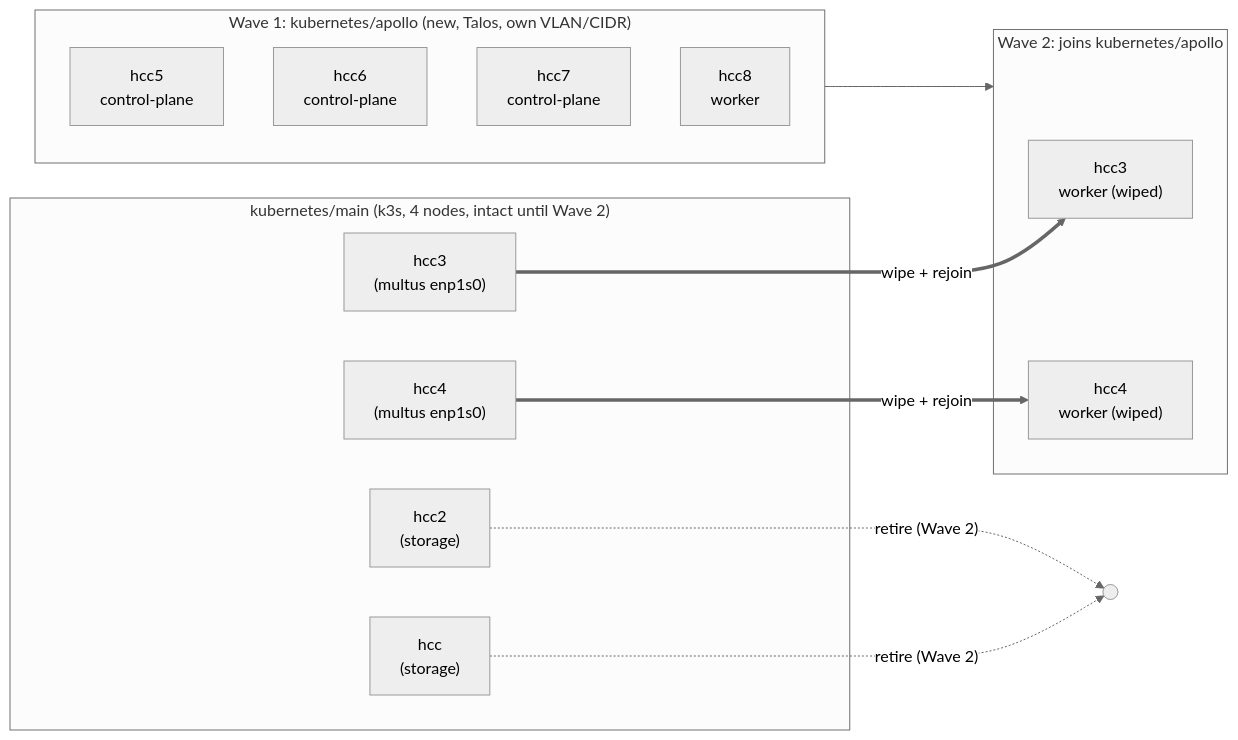
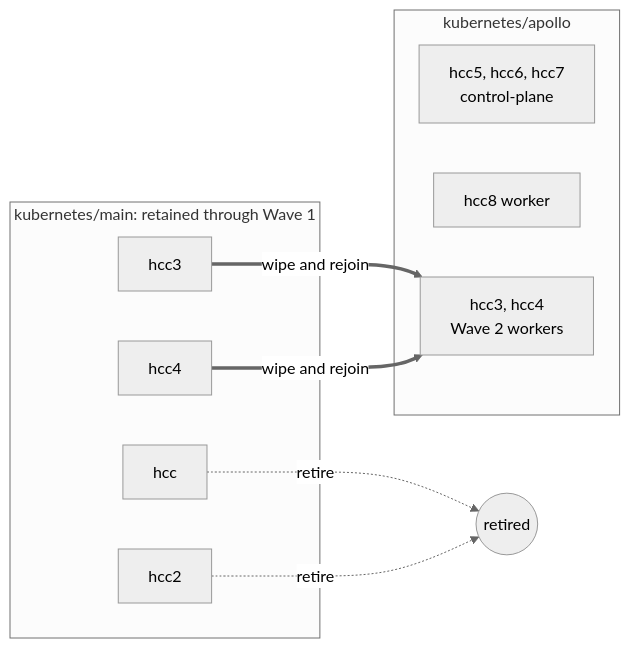
The first of 2 diagrams in plans/20260816-talos-migration.md (evanmoelter/hcc), drawn with Mermaid (neutral theme) before and after one commit. The commit also changed other lines of this file, not shown here.

Commit message:
docs: condense Talos migration plan

````diff
--- a/plans/20260816-talos-migration.md
+++ b/plans/20260816-talos-migration.md
@@ -49,27 +39,18 @@
 ```mermaid
 flowchart LR
-    subgraph old["kubernetes/main (k3s, 4 nodes, intact until Wave 2)"]
-        hcc["hcc<br/>(storage)"]
-        hcc2["hcc2<br/>(storage)"]
-        hcc3o["hcc3<br/>(multus enp1s0)"]
-        hcc4o["hcc4<br/>(multus enp1s0)"]
+    subgraph old["kubernetes/main: retained through Wave 1"]
+        hcc["hcc"]
+        hcc2["hcc2"]
+        hcc3o["hcc3"]
+        hcc4o["hcc4"]
     end
-
-    subgraph w1["Wave 1: kubernetes/apollo (new, Talos, own VLAN/CIDR)"]
-        n1["hcc5<br/>control-plane"]
-        n2["hcc6<br/>control-plane"]
-        n3["hcc7<br/>control-plane"]
-        n4["hcc8<br/>worker"]
+    subgraph apollo["kubernetes/apollo"]
+        cp["hcc5, hcc6, hcc7<br/>control-plane"]
+        hcc8["hcc8 worker"]
+        workers["hcc3, hcc4<br/>Wave 2 workers"]
     end
-
-    subgraph w2["Wave 2: joins kubernetes/apollo"]
-        hcc3n["hcc3<br/>worker (wiped)"]
-        hcc4n["hcc4<br/>worker (wiped)"]
-    end
-
-    hcc -."retire (Wave 2)".-> X1(( ))
-    hcc2 -."retire (Wave 2)".-> X1
-    hcc3o == wipe + rejoin ==> hcc3n
-    hcc4o == wipe + rejoin ==> hcc4n
-    w1 --> w2
+    hcc -. retire .-> retired((retired))
+    hcc2 -. retire .-> retired
+    hcc3o == wipe and rejoin ==> workers
+    hcc4o == wipe and rejoin ==> workers
 ```
````
